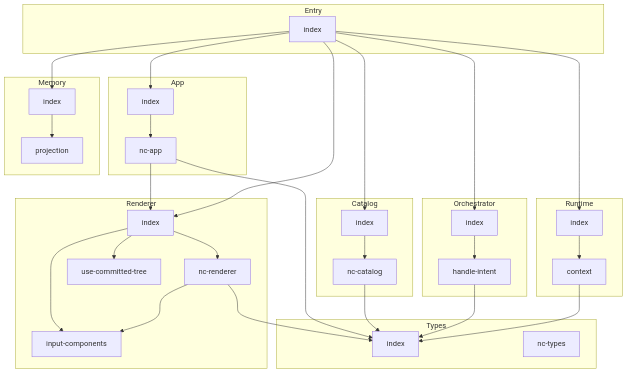
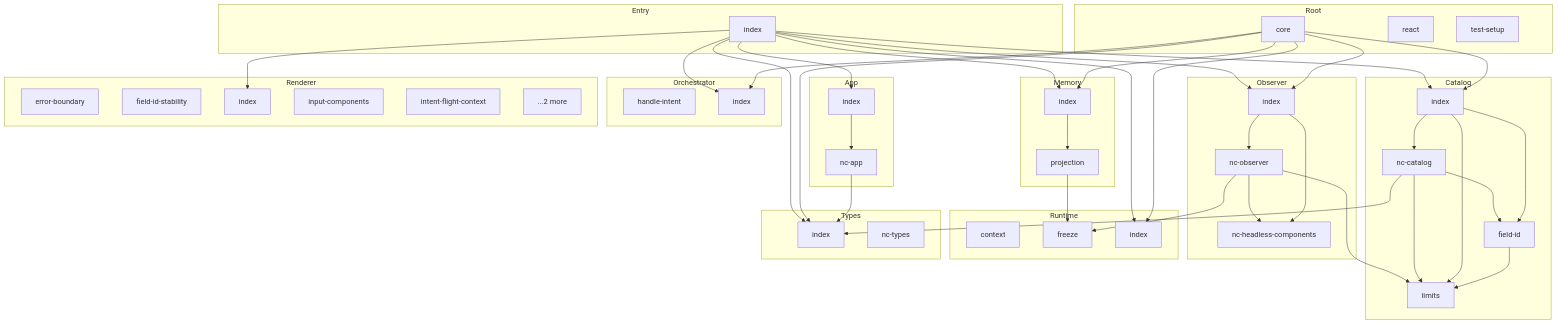
Before and after one commit to danielsimonjr/neural-computer: the diagram in docs/architecture/DEPENDENCY_GRAPH.md, drawn with Mermaid. The commit also changed other lines of this file and 84 other files, not shown here.

````diff
--- a/docs/architecture/DEPENDENCY_GRAPH.md
+++ b/docs/architecture/DEPENDENCY_GRAPH.md
@@ -335,60 +618,86 @@
     end
 
     subgraph Catalog
-        N2[index]
-        N3[nc-catalog]
+        N2[field-id]
+        N3[index]
+        N4[limits]
+        N5[nc-catalog]
+    end
+
+    subgraph Root
+        N6[core]
+        N7[react]
+        N8[test-setup]
     end
 
     subgraph Entry
-        N4[index]
+        N9[index]
     end
 
     subgraph Memory
-        N5[index]
-        N6[projection]
+        N10[index]
+        N11[projection]
+    end
+
+    subgraph Observer
+        N12[index]
+        N13[nc-headless-components]
+        N14[nc-observer]
     end
 
     subgraph Orchestrator
-        N7[handle-intent]
-        N8[index]
+        N15[handle-intent]
+        N16[index]
     end
 
     subgraph Renderer
-        N9[index]
-        N10[input-components]
-        N11[nc-renderer]
-        N12[use-committed-tree]
+        N17[error-boundary]
+        N18[field-id-stability]
+        N19[index]
+        N20[input-components]
+        N21[intent-flight-context]
+        N22[...2 more]
     end
 
     subgraph Runtime
-        N13[context]
-        N14[index]
+        N23[context]
+        N24[freeze]
+        N25[index]
     end
 
     subgraph Types
-        N15[index]
-        N16[nc-types]
+        N26[index]
+        N27[nc-types]
     end
 
     N0 --> N1
-    N1 --> N9
-    N1 --> N15
-    N2 --> N3
-    N3 --> N15
-    N4 --> N2
-    N4 --> N14
-    N4 --> N5
-    N4 --> N9
-    N4 --> N8
-    N4 --> N0
-    N5 --> N6
-    N7 --> N15
-    N8 --> N7
+    N1 --> N26
+    N2 --> N4
+    N3 --> N5
+    N3 --> N2
+    N3 --> N4
+    N5 --> N26
+    N5 --> N2
+    N5 --> N4
+    N6 --> N3
+    N6 --> N26
+    N6 --> N25
+    N6 --> N10
+    N6 --> N16
+    N6 --> N12
+    N9 --> N3
+    N9 --> N26
+    N9 --> N25
     N9 --> N10
-    N9 --> N11
+    N9 --> N19
+    N9 --> N16
+    N9 --> N0
     N9 --> N12
-    N11 --> N10
-    N11 --> N15
-    N13 --> N15
+    N10 --> N11
+    N11 --> N24
+    N12 --> N14
+    N12 --> N13
     N14 --> N13
+    N14 --> N4
+    N14 --> N24
 ```
````
